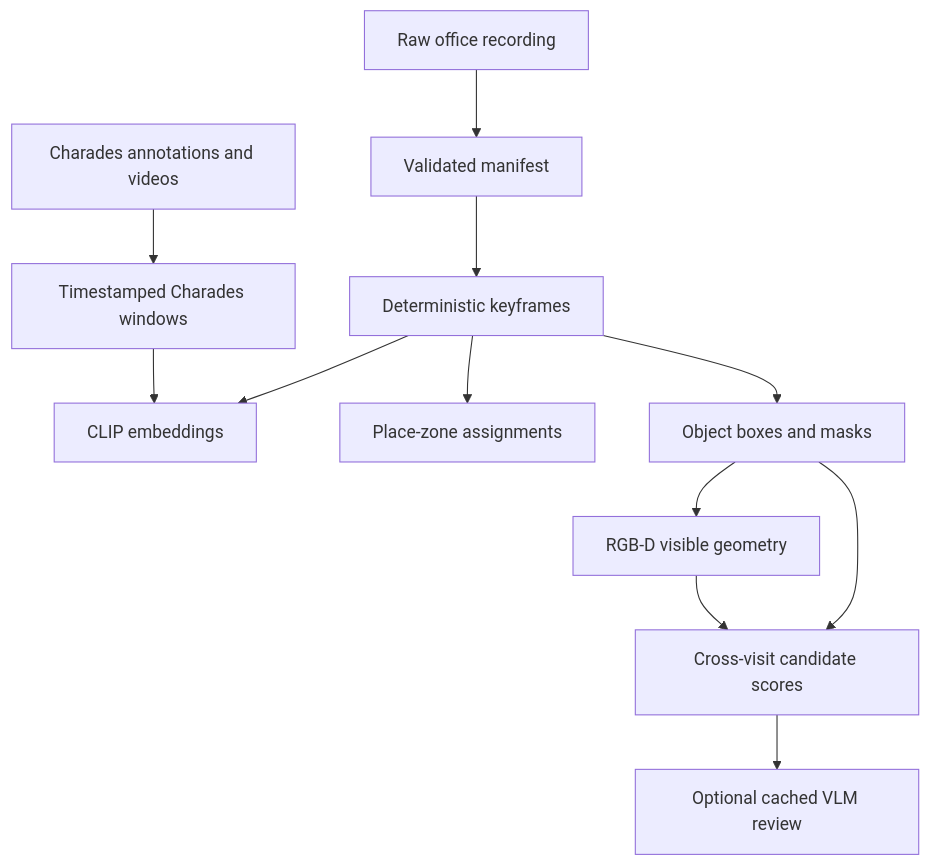
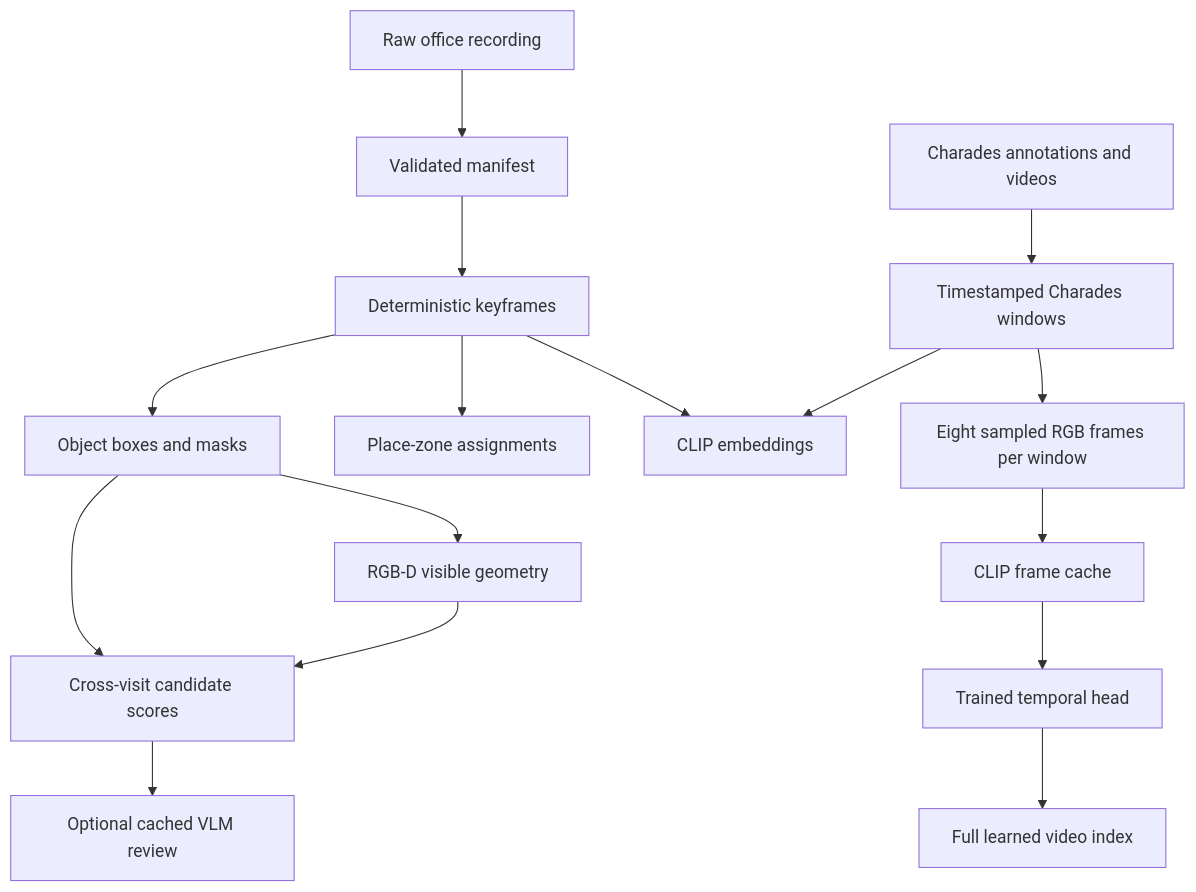
One commit to madhavpr191221/visual-memory-lab changed the third of 3 diagrams in docs/system_design_and_architecture.md. Above: the diagram before and after it, drawn with Mermaid. The commit also changed other lines of this file and 16 other files, not shown here.

````diff
--- a/docs/system_design_and_architecture.md
+++ b/docs/system_design_and_architecture.md
@@ -97,24 +302,30 @@
 ```mermaid
 flowchart TD
     R[Raw office recording]
     M[Validated manifest]
     K[Deterministic keyframes]
     C[CLIP embeddings]
     Z[Place-zone assignments]
     O[Object boxes and masks]
     G[RGB-D visible geometry]
     X[Cross-visit candidate scores]
     J[Optional cached VLM review]
     W[Timestamped Charades windows]
+    F[Eight sampled RGB frames per window]
+    TC[CLIP frame cache]
+    TH[Trained temporal head]
+    VI[Full learned video index]
 
     R --> M --> K
     K --> C
     K --> Z
     K --> O
     O --> G
     O --> X
     G --> X
     X --> J
     V[Charades annotations and videos] --> W
+    W --> F --> TC
+    TC --> TH --> VI
     W --> C
 ```
````
